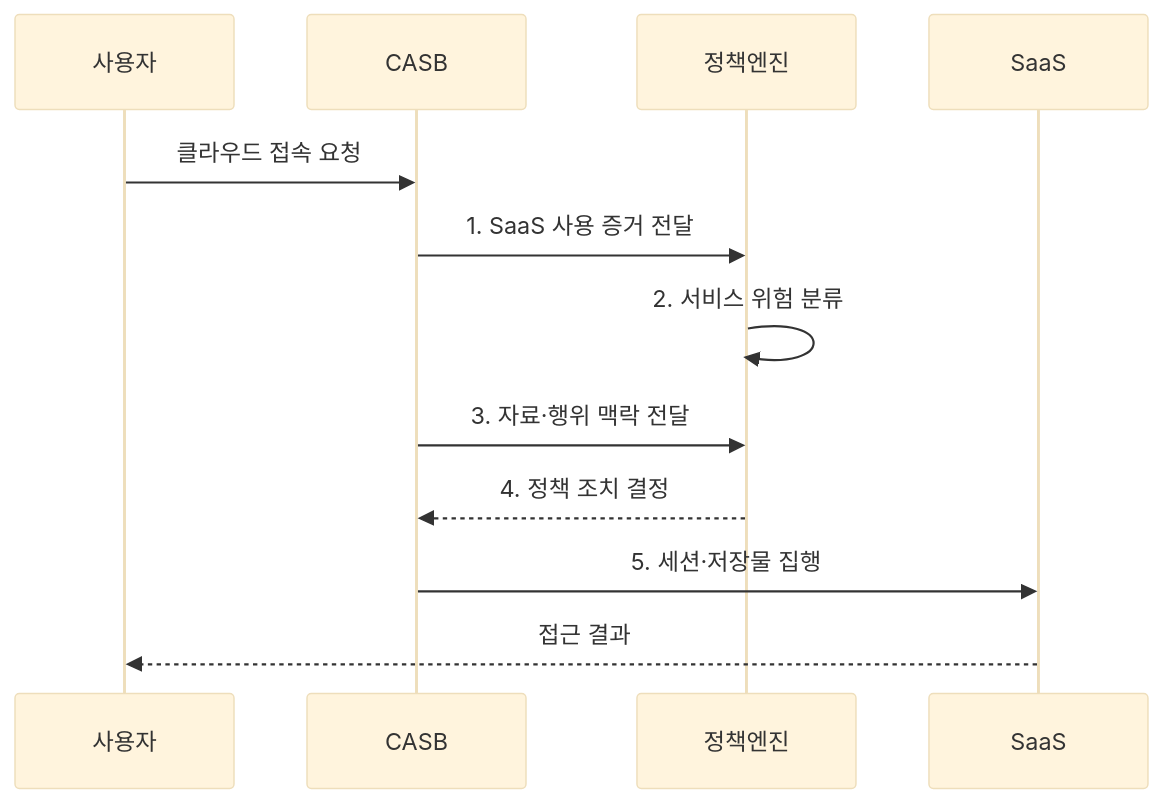
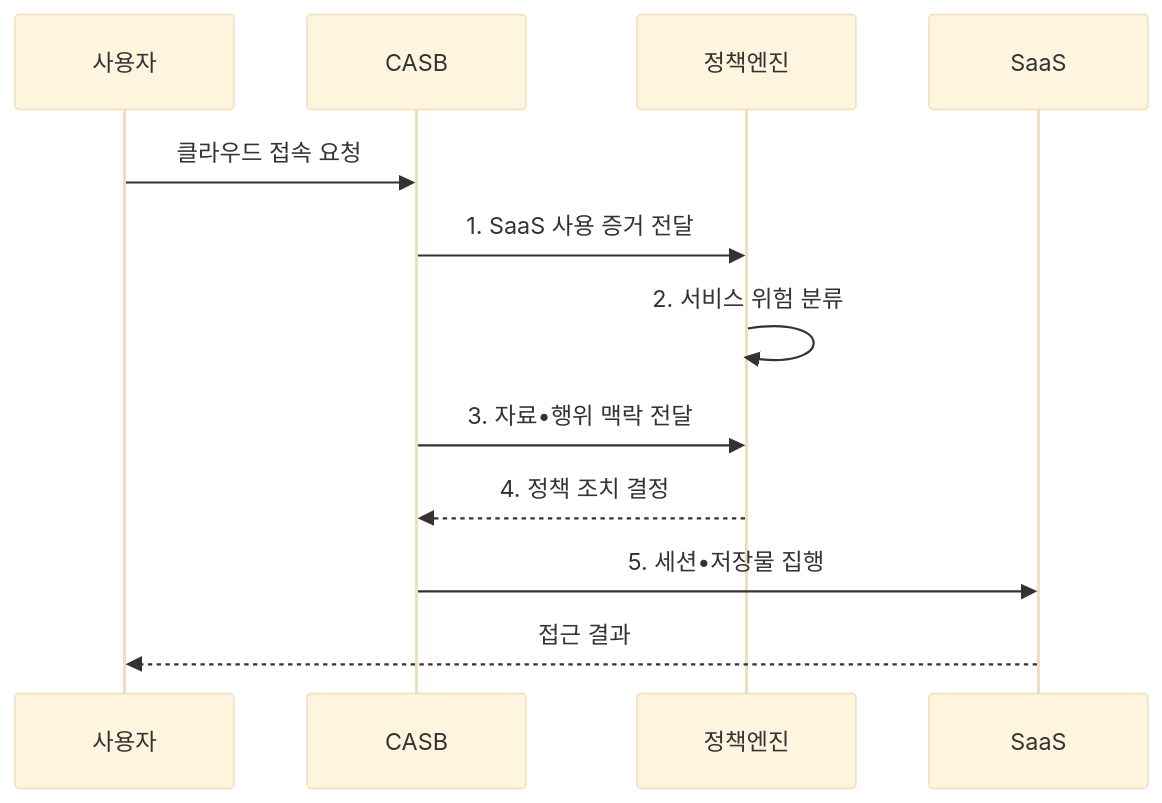
The second of 2 diagrams in src/content/docs/notes/04-network/092_casb.md (agnusdei1207/knowledge-base), drawn with Mermaid (base theme) before and after one commit. The commit also changed other lines of this file and 953 other files, not shown here.

````diff
--- a/src/content/docs/notes/04-network/092_casb.md
+++ b/src/content/docs/notes/04-network/092_casb.md
@@ -101,14 +101,14 @@
 ```mermaid
 sequenceDiagram
     participant 사용자
     participant CASB
     participant 정책엔진
     participant SaaS
     사용자->>CASB: 클라우드 접속 요청
     CASB->>정책엔진: 1. SaaS 사용 증거 전달
     정책엔진->>정책엔진: 2. 서비스 위험 분류
-    CASB->>정책엔진: 3. 자료·행위 맥락 전달
+    CASB->>정책엔진: 3. 자료•행위 맥락 전달
     정책엔진-->>CASB: 4. 정책 조치 결정
-    CASB->>SaaS: 5. 세션·저장물 집행
+    CASB->>SaaS: 5. 세션•저장물 집행
     SaaS-->>사용자: 접근 결과
 ```
````
